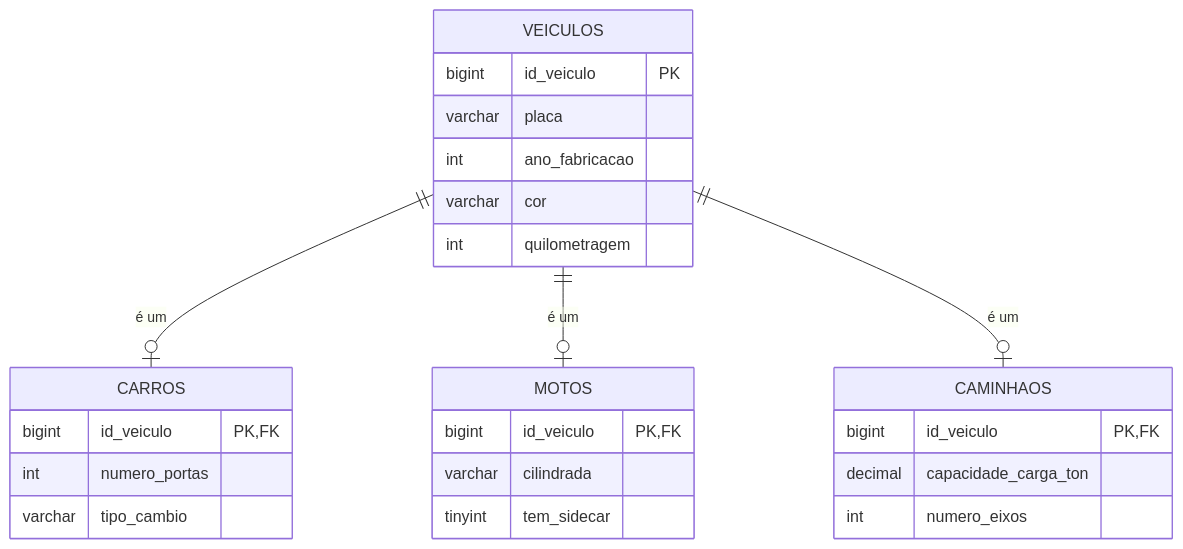
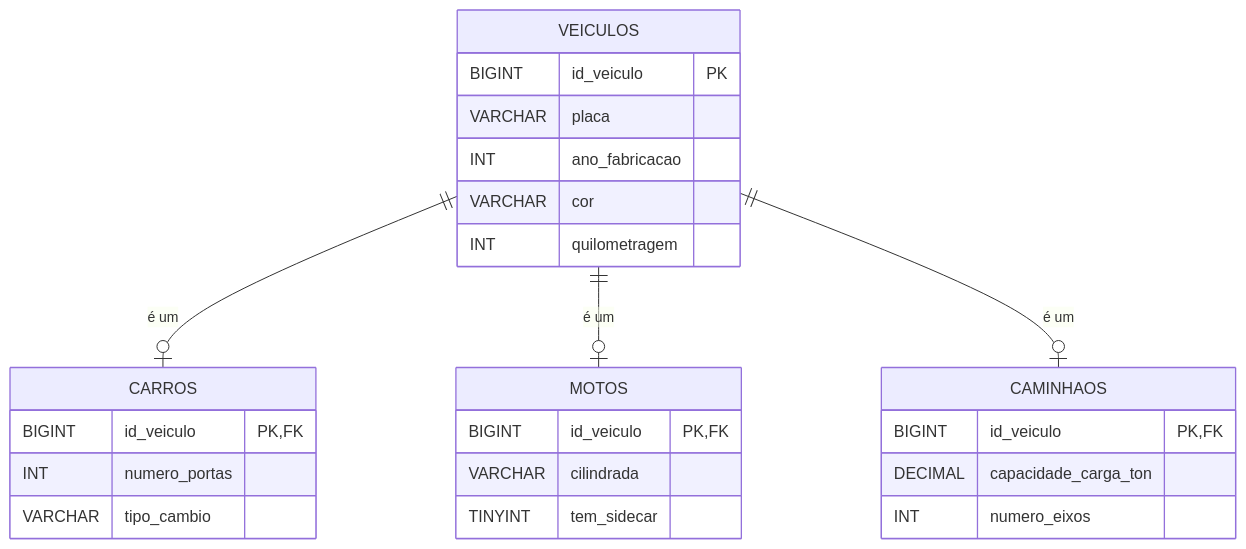
Before and after one commit to DSM-Fatec-Jahu/BDR-DSM-2026-2: the ninth of 20 diagrams in docs/aulas/Aula_01_Revisao_Modelagem_Conceitual.md, drawn with Mermaid. The commit also changed other lines of this file and 2 other files, not shown here.

First line of the commit message:
Padroniza tipos SQL em MAIÚSCULAS nos diagramas (Regra 3)

````diff
--- a/docs/aulas/Aula_01_Revisao_Modelagem_Conceitual.md
+++ b/docs/aulas/Aula_01_Revisao_Modelagem_Conceitual.md
@@ -447,32 +447,32 @@
 ```mermaid
 erDiagram
     VEICULOS {
-        bigint id_veiculo PK
-        varchar placa
-        int ano_fabricacao
-        varchar cor
-        int quilometragem
+        BIGINT id_veiculo PK
+        VARCHAR placa
+        INT ano_fabricacao
+        VARCHAR cor
+        INT quilometragem
     }
 
     CARROS {
-        bigint id_veiculo PK, FK
-        int numero_portas
-        varchar tipo_cambio
+        BIGINT id_veiculo PK, FK
+        INT numero_portas
+        VARCHAR tipo_cambio
     }
 
     MOTOS {
-        bigint id_veiculo PK, FK
-        varchar cilindrada
-        tinyint tem_sidecar
+        BIGINT id_veiculo PK, FK
+        VARCHAR cilindrada
+        TINYINT tem_sidecar
     }
 
     CAMINHAOS {
-        bigint id_veiculo PK, FK
-        decimal capacidade_carga_ton
-        int numero_eixos
+        BIGINT id_veiculo PK, FK
+        DECIMAL capacidade_carga_ton
+        INT numero_eixos
     }
 
     VEICULOS ||--o| CARROS     : "é um"
     VEICULOS ||--o| MOTOS      : "é um"
     VEICULOS ||--o| CAMINHAOS  : "é um"
 ```
````
